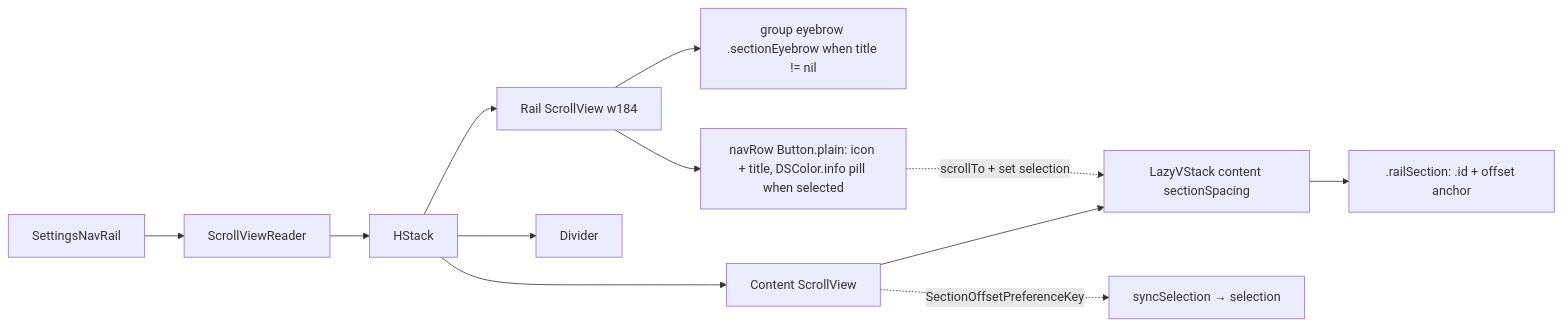
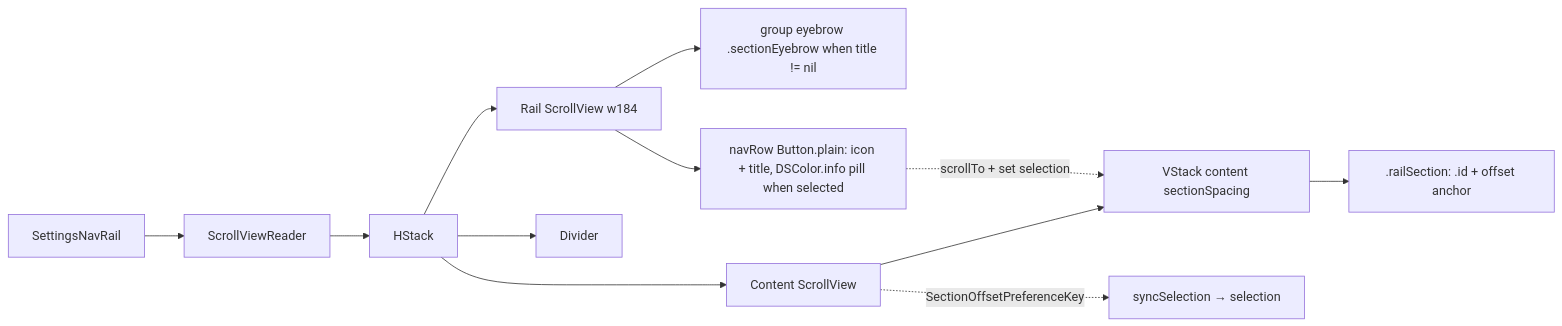
One commit to MrDemonWolf/WolfWave changed the diagram in design-system/components/settings-nav-rail.md. Above: the diagram before and after it, drawn with Mermaid. The commit also changed other lines of this file and 4 other files, not shown here.

````diff
--- a/design-system/components/settings-nav-rail.md
+++ b/design-system/components/settings-nav-rail.md
@@ -52,14 +52,14 @@
 ```mermaid
 graph LR
   Root[SettingsNavRail] --> Reader[ScrollViewReader]
   Reader --> H[HStack]
   H --> Rail[Rail ScrollView w184]
   H --> Div[Divider]
   H --> Col[Content ScrollView]
   Rail --> Group[group eyebrow .sectionEyebrow when title != nil]
   Rail --> Row[navRow Button.plain: icon + title, DSColor.info pill when selected]
-  Col --> LV[LazyVStack content sectionSpacing]
+  Col --> LV[VStack content sectionSpacing]
   LV --> Sec[.railSection: .id + offset anchor]
   Col -. SectionOffsetPreferenceKey .-> Sync[syncSelection → selection]
   Row -. scrollTo + set selection .-> LV
 ```
````
